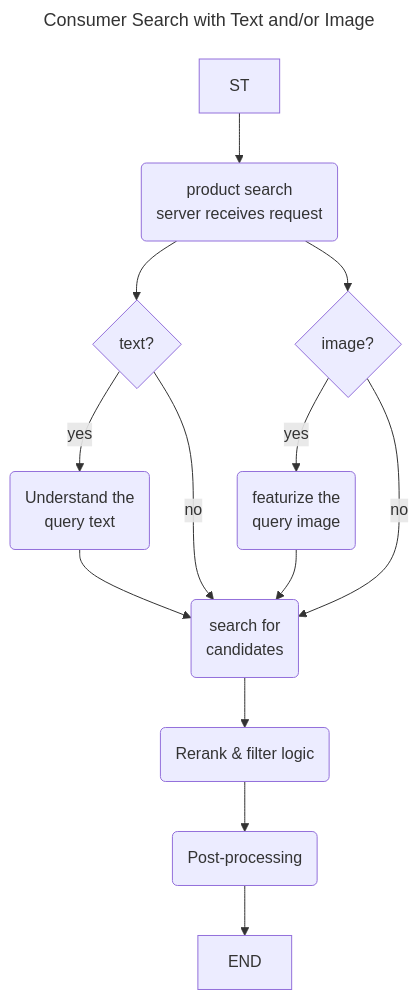
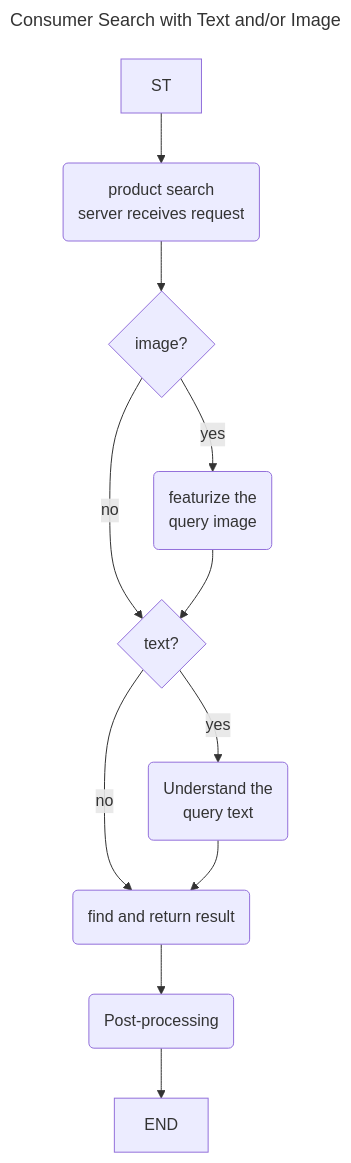
Before and after one commit to zchangvs/diagram: the diagram in 1_1_Multi-Search_text_and_image.md, drawn with Mermaid.

````diff
--- a/1_1_Multi-Search_text_and_image.md
+++ b/1_1_Multi-Search_text_and_image.md
@@ -1,25 +1,25 @@
 ```mermaid
 ---
 title: Consumer Search with Text and/or Image
 ---
 flowchart TD
 %%    ST[start] --> A[query text<br>and/or image]
 %%    A --> B{client side<br>widget}
 %%    B -->|yes| S(update<br>event tracking)
 %%    B --> |no| C[product search<br>server receives request]
-    ST --> C(product search<br>server receives request)
-    C --> TQ{text?}
-    TQ--> |yes| D1(Understand the<br>query text)
-    C --> IQ{image?}
-    IQ--> |yes| D2(featurize the<br>query image)
-    D1 --> E1(search for<br>candidates)
-    D2 --> E1
-    TQ--> |no| E1
-    IQ--> |no| E1 
-    E1 --> E2(Rerank & filter logic)
-    E2 --> F(Post-processing)
+    ST --> PS(product search<br>server receives request)
+    PS --> IQ{image?}
+    IQ--> |yes| FI(featurize the<br>query image)
+    IQ --> |no| TQ{text?}
+    FI --> TQ 
+    TQ --> |yes| D1(Understand the<br>query text)
+    TQ --> |no| E1(find and return result)
+    D1 --> E1
+%%    D1 --> E1(search for<br>candidates)
+%%    E1 --> E2(Rerank & filter logic)
+    E1 --> F(Post-processing)
 %%    F --> G(update statistics)
     F --> END[END] 
 
 
 ```
````
